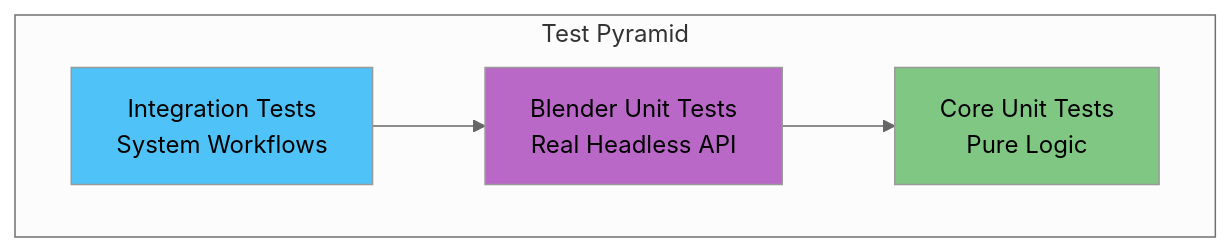
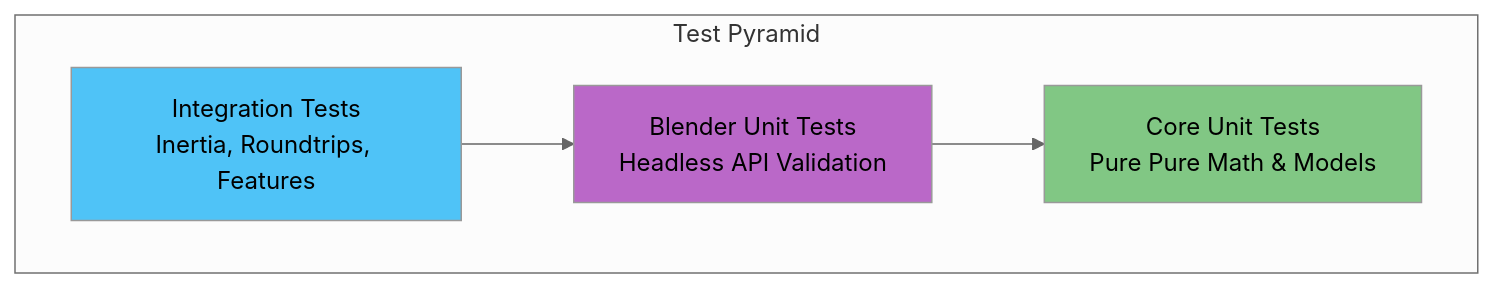
The seventh of 7 diagrams in ARCHITECTURE.md (arounamounchili/linkforge), drawn with Mermaid (neutral theme) before and after one commit. The commit also changed other lines of this file and 3 other files, not shown here.

First line of the commit message:
docs: audit architecture and strengthen parser security limits

````diff
--- a/ARCHITECTURE.md
+++ b/ARCHITECTURE.md
@@ -419,15 +457,15 @@
 ```mermaid
 graph TB
     subgraph "Test Pyramid"
-        Integration[Integration Tests<br/>System Workflows]
-        Blender[Blender Unit Tests<br/>Real Headless API]
-        Core[Core Unit Tests<br/>Pure Logic]
+        Integration[Integration Tests<br/>Inertia, Roundtrips, Features]
+        Blender[Blender Unit Tests<br/>Headless API Validation]
+        Core[Core Unit Tests<br/>Pure Pure Math & Models]
     end
 
     Integration --> Blender
     Blender --> Core
 
     style Integration fill:#4fc3f7
     style Blender fill:#ba68c8
     style Core fill:#81c784
 ```
````
